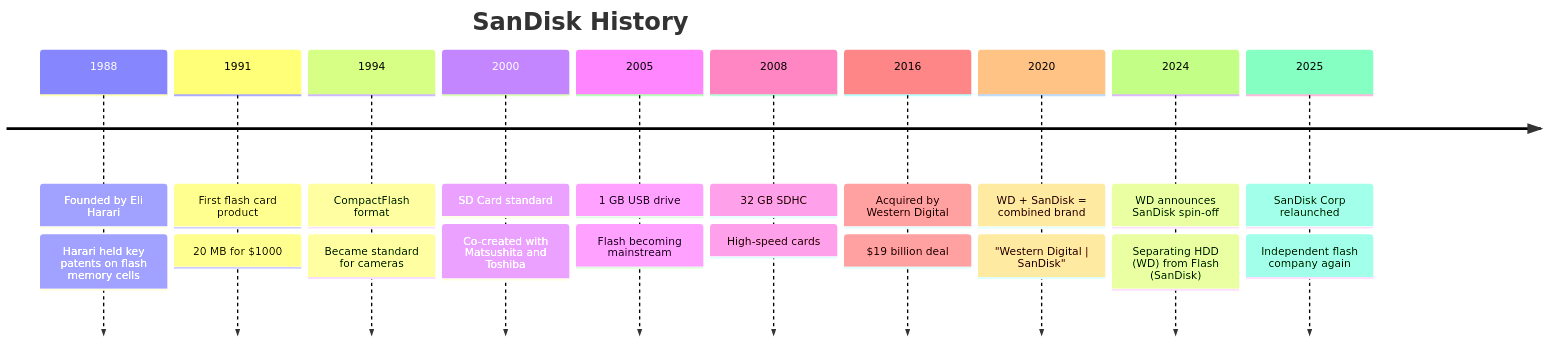
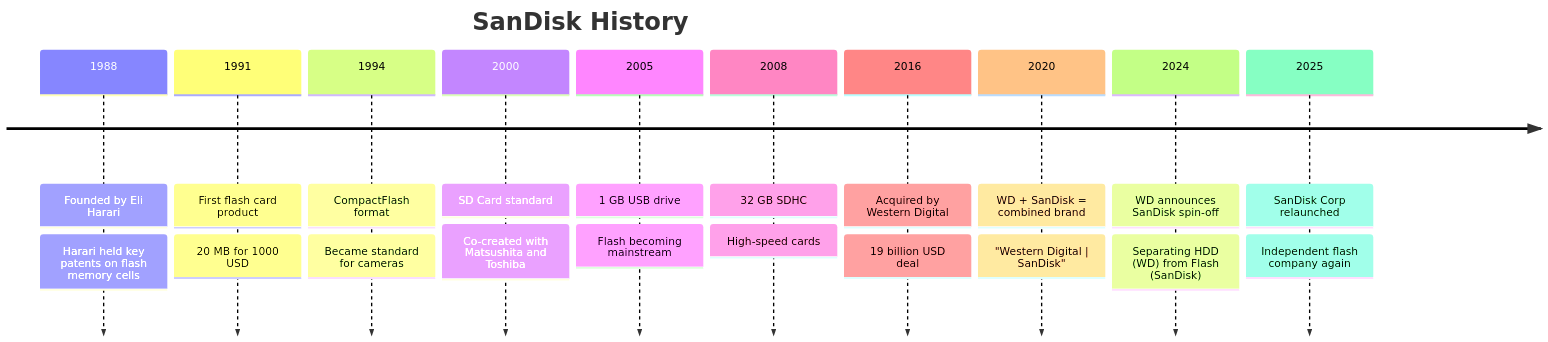
One commit to peterlyeung/Learn_Semiconductors changed diagram 11 of 14 in Chapter_03_Memory_Micron_SanDisk.md. Above: the diagram before and after it, drawn with Mermaid. The commit also changed 3 other files, not shown here.

Commit message:
Fix Mermaid KaTeX errors: replace all dollar signs in diagram node labels

````diff
--- a/Chapter_03_Memory_Micron_SanDisk.md
+++ b/Chapter_03_Memory_Micron_SanDisk.md
@@ -274,24 +274,24 @@
 ```mermaid
 timeline
     title SanDisk History
     1988 : Founded by Eli Harari
          : Harari held key patents on flash memory cells
     1991 : First flash card product
-         : 20 MB for $1000
+         : 20 MB for 1000 USD
     1994 : CompactFlash format
          : Became standard for cameras
     2000 : SD Card standard
          : Co-created with Matsushita and Toshiba
     2005 : 1 GB USB drive
          : Flash becoming mainstream
     2008 : 32 GB SDHC
          : High-speed cards
     2016 : Acquired by Western Digital
-         : $19 billion deal
+         : 19 billion USD deal
     2020 : WD + SanDisk = combined brand
          : "Western Digital | SanDisk"
     2024 : WD announces SanDisk spin-off
          : Separating HDD (WD) from Flash (SanDisk)
     2025 : SanDisk Corp relaunched
          : Independent flash company again
 ```
````
